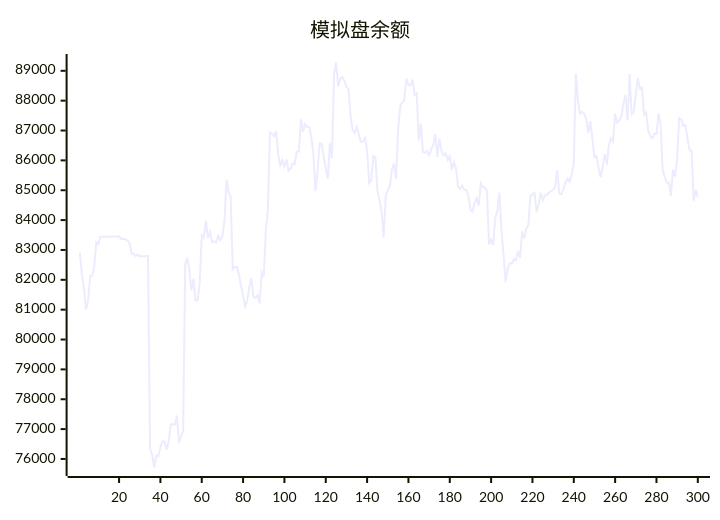
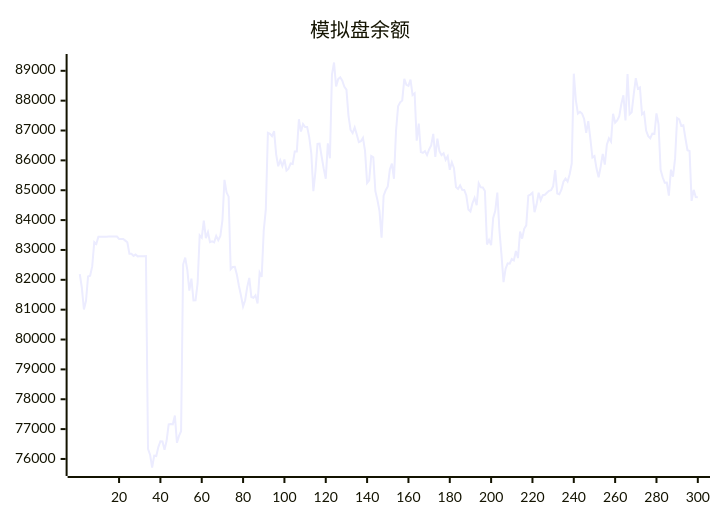
One commit to aahl/ai-trading changed the diagram in README.md. Above: the diagram before and after it, drawn with Mermaid. The commit also changed other lines of this file and 1 other file, not shown here.

````diff
--- a/README.md
+++ b/README.md
@@ -5,5 +5,5 @@
 ```mermaid
 xychart
     title "模拟盘余额"
-    line [82901,82188,81728,81005,81298,82110,82135,82449,83264,83203,83440,83439,83440,83440,83446,83447,83448,83447,83448,83449,83369,83369,83369,83313,83256,82872,82873,82801,82844,82785,82791,82791,82793,82794,76339,76145,75714,76110,76096,76397,76594,76585,76310,76607,77160,77170,77160,77456,76541,76774,76927,82520,82744,82337,81639,82040,81307,81314,81887,83490,83414,83984,83396,83594,83261,83287,83253,83470,83327,83465,83987,85348,84930,84786,82355,82433,82438,82167,81795,81466,81105,81315,81756,82064,81426,81398,81481,81210,82242,82099,83658,84359,86925,86892,86814,86980,86203,85802,86003,85811,86028,85657,85721,85896,85880,86300,86299,87378,86965,87214,87115,87118,86780,86238,84966,85623,86555,86562,86129,85722,85387,86569,86070,88870,89278,88477,88720,88781,88668,88467,88372,87493,87018,86917,87102,86870,86613,86644,86758,86317,85242,85334,86149,86106,84968,84671,84302,83410,84816,85001,85127,85693,85891,85384,87001,87811,87945,88007,88734,88528,88495,88705,88189,88248,86662,87234,86279,86251,86314,86177,86364,86503,86886,86114,86731,86310,86176,86240,86017,86136,85685,85938,85749,85111,85044,85164,85016,85008,84824,84354,84287,84572,84745,84500,85234,85096,85095,84970,83180,83338,83157,84070,84309,84922,83667,82850,81924,82369,82552,82539,82695,82648,82962,82728,83619,83378,83710,83825,84819,84854,84917,84265,84527,84919,84668,84834,84850,84916,84981,85004,85131,85674,84891,84864,85019,85284,85393,85294,85538,85894,88904,88012,87567,87625,87568,87386,86920,87313,86737,86094,86143,85725,85437,85787,86219,85859,86526,86740,86630,87563,87264,87335,87483,87886,88180,87335,88894,87544,87608,88207,88755,88401,88444,87543,87608,87000,86810,86740,86894,86884,87576,87209,85686,85435,85251,85255,84820,85689,85453,86066,87420,87373,87161,87178,86740,86341,86315,84643,85012,84772]
+    line [82188,81728,81005,81298,82110,82135,82449,83264,83203,83440,83439,83440,83440,83446,83447,83448,83447,83448,83449,83369,83369,83369,83313,83256,82872,82873,82801,82844,82785,82791,82791,82793,82794,76339,76145,75714,76110,76096,76397,76594,76585,76310,76607,77160,77170,77160,77456,76541,76774,76927,82520,82744,82337,81639,82040,81307,81314,81887,83490,83414,83984,83396,83594,83261,83287,83253,83470,83327,83465,83987,85348,84930,84786,82355,82433,82438,82167,81795,81466,81105,81315,81756,82064,81426,81398,81481,81210,82242,82099,83658,84359,86925,86892,86814,86980,86203,85802,86003,85811,86028,85657,85721,85896,85880,86300,86299,87378,86965,87214,87115,87118,86780,86238,84966,85623,86555,86562,86129,85722,85387,86569,86070,88870,89278,88477,88720,88781,88668,88467,88372,87493,87018,86917,87102,86870,86613,86644,86758,86317,85242,85334,86149,86106,84968,84671,84302,83410,84816,85001,85127,85693,85891,85384,87001,87811,87945,88007,88734,88528,88495,88705,88189,88248,86662,87234,86279,86251,86314,86177,86364,86503,86886,86114,86731,86310,86176,86240,86017,86136,85685,85938,85749,85111,85044,85164,85016,85008,84824,84354,84287,84572,84745,84500,85234,85096,85095,84970,83180,83338,83157,84070,84309,84922,83667,82850,81924,82369,82552,82539,82695,82648,82962,82728,83619,83378,83710,83825,84819,84854,84917,84265,84527,84919,84668,84834,84850,84916,84981,85004,85131,85674,84891,84864,85019,85284,85393,85294,85538,85894,88904,88012,87567,87625,87568,87386,86920,87313,86737,86094,86143,85725,85437,85787,86219,85859,86526,86740,86630,87563,87264,87335,87483,87886,88180,87335,88894,87544,87608,88207,88755,88401,88444,87543,87608,87000,86810,86740,86894,86884,87576,87209,85686,85435,85251,85255,84820,85689,85453,86066,87420,87373,87161,87178,86740,86341,86315,84643,85012,84772,84768]
 ```
````
